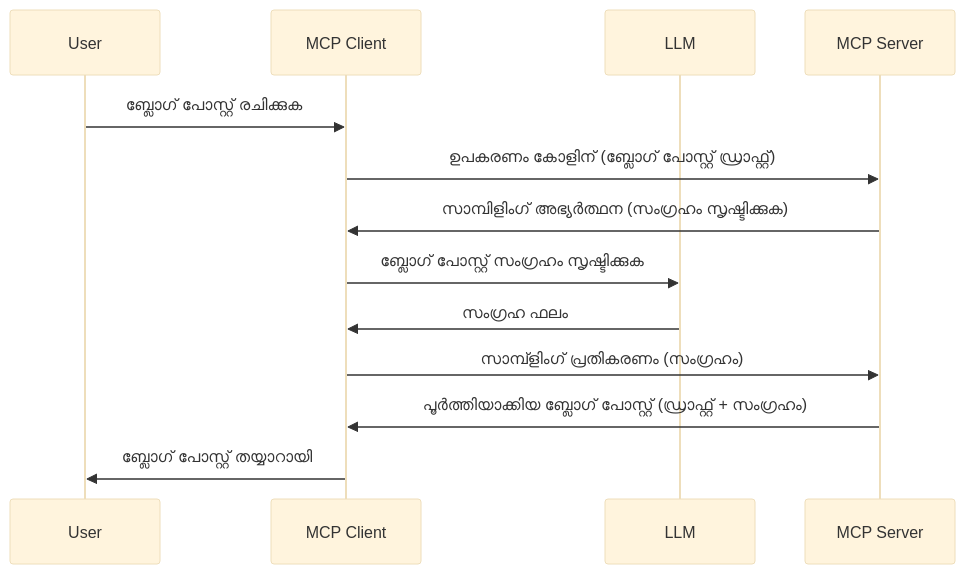
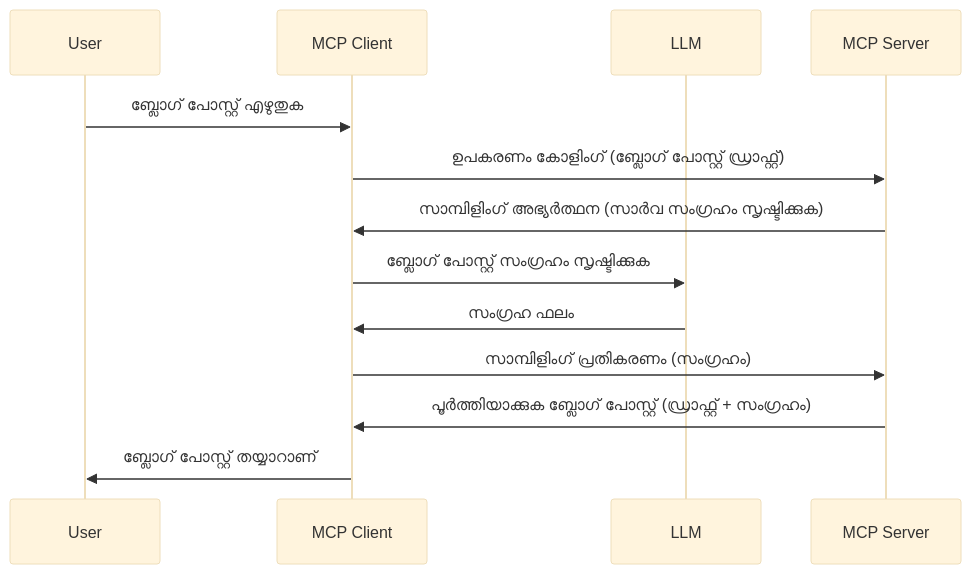
Before and after one commit to HIDORAKAI002/ai-workspace-archive: the diagram in mcp_ecosystem__model_context_protocol/mcp_learning_resources/mcp-for-beginners/translations/ml/03-GettingStarted/14-sampling/README.md, drawn with Mermaid (base theme). The commit also changed other lines of this file and 1539 other files, not shown here.

````diff
--- a/mcp_ecosystem__model_context_protocol/mcp_learning_resources/mcp-for-beginners/translations/ml/03-GettingStarted/14-sampling/README.md
+++ b/mcp_ecosystem__model_context_protocol/mcp_learning_resources/mcp-for-beginners/translations/ml/03-GettingStarted/14-sampling/README.md
@@ -23,16 +23,16 @@
 ```mermaid
 sequenceDiagram
     participant User
     participant MCP Client
     participant LLM
     participant MCP Server
 
-    User->>MCP Client: ബ്ലോഗ് പോസ്റ്റ് രചിക്കുക
-    MCP Client->>MCP Server: ഉപകരണം കോളിന് (ബ്ലോഗ് പോസ്റ്റ് ഡ്രാഫ്റ്റ്)
-    MCP Server->>MCP Client: സാമ്പിളിംഗ് അഭ്യർത്ഥന (സംഗ്രഹം സൃഷ്ടിക്കുക)
+    User->>MCP Client: ബ്ലോഗ് പോസ്റ്റ് എഴുതുക
+    MCP Client->>MCP Server: ഉപകരണം കോളിംഗ് (ബ്ലോഗ് പോസ്റ്റ് ഡ്രാഫ്റ്റ്)
+    MCP Server->>MCP Client: സാമ്പിളിംഗ് അഭ്യർത്ഥന (സാർവ സംഗ്രഹം സൃഷ്ടിക്കുക)
     MCP Client->>LLM: ബ്ലോഗ് പോസ്റ്റ് സംഗ്രഹം സൃഷ്ടിക്കുക
     LLM->>MCP Client: സംഗ്രഹ ഫലം
-    MCP Client->>MCP Server: സാമ്പ്ളിംഗ് പ്രതികരണം (സംഗ്രഹം)
-    MCP Server->>MCP Client: പൂർത്തിയാക്കിയ ബ്ലോഗ് പോസ്റ്റ് (ഡ്രാഫ്റ്റ് + സംഗ്രഹം)
-    MCP Client->>User: ബ്ലോഗ് പോസ്റ്റ് തയ്യാറായി
+    MCP Client->>MCP Server: സാമ്പിളിംഗ് പ്രതികരണം (സംഗ്രഹം)
+    MCP Server->>MCP Client: പൂര്‍ത്തിയാക്കുക ബ്ലോഗ് പോസ്റ്റ് (ഡ്രാഫ്റ്റ് + സംഗ്രഹം)
+    MCP Client->>User: ബ്ലോഗ് പോസ്റ്റ് തയ്യാറാണ്
 ```
````
